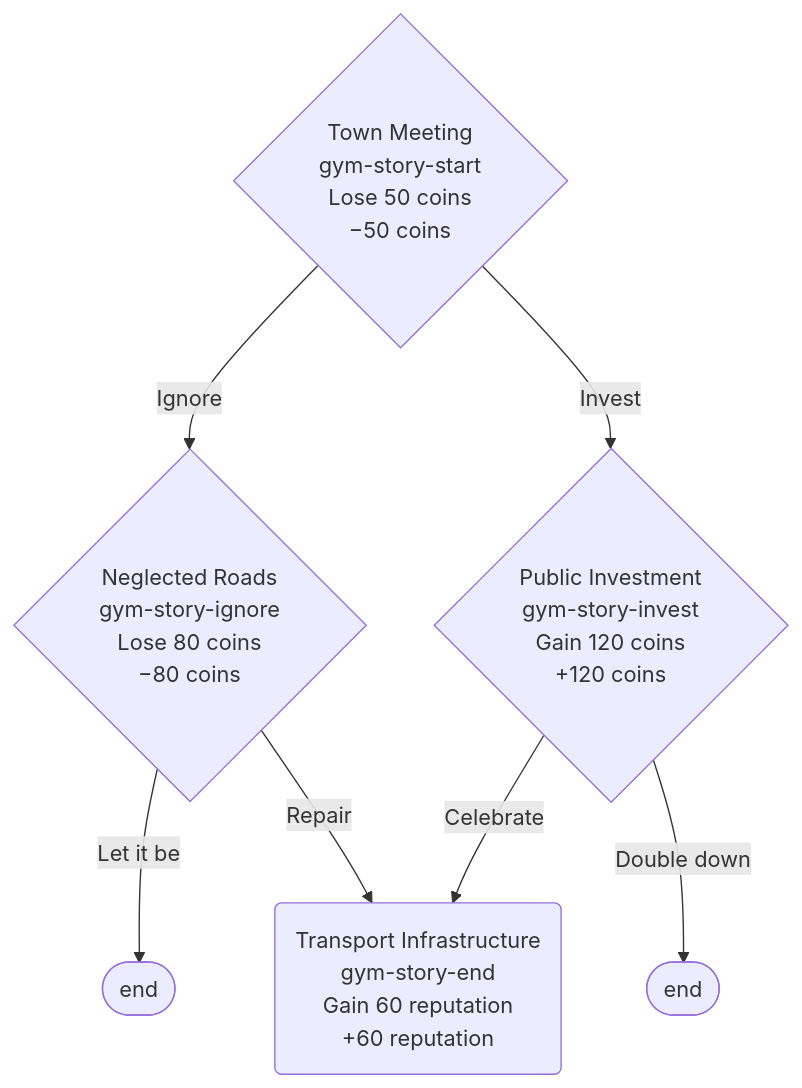
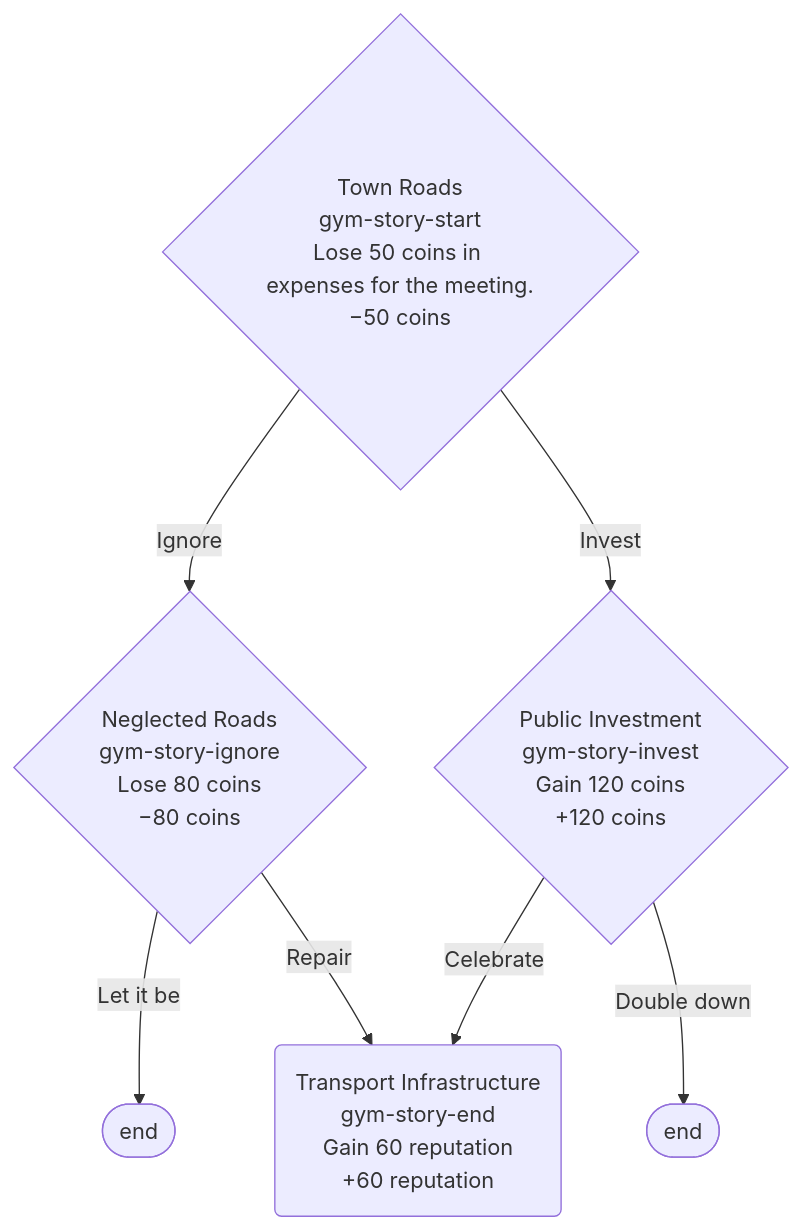
Before and after one commit to TheWizardsCode/Tableau-Card-Engine: the diagram in example-games/gym/content/storyline-graph.mmd, drawn with Mermaid. The commit also changed 2 other files, not shown here.

Commit message:
CG-0MWRSOU91003P36J: carry the authored Gym story-line content edit (Town Roads beat)
Verbatim copy of the operator's storyline-editor output: the
gym-story-start beat is renamed Town Roads with rewritten effect and
context prose, plus the regenerated manifest and Mermaid artefacts.

```diff
--- a/example-games/gym/content/storyline-graph.mmd
+++ b/example-games/gym/content/storyline-graph.mmd
@@ -1,15 +1,15 @@
 %%{ init: { "flowchart": { "curve": "basis" } } }%%
 flowchart TD
   gym_story_end("Transport Infrastructure<br/>gym-story-end<br/>Gain 60 reputation<br/>+60 reputation")
   gym_story_ignore{"Neglected Roads<br/>gym-story-ignore<br/>Lose 80 coins<br/>−80 coins"}
   gym_story_invest{"Public Investment<br/>gym-story-invest<br/>Gain 120 coins<br/>+120 coins"}
-  gym_story_start{"Town Meeting<br/>gym-story-start<br/>Lose 50 coins<br/>−50 coins"}
+  gym_story_start{"Town Roads<br/>gym-story-start<br/>Lose 50 coins in expenses for the meeting.<br/>−50 coins"}
 
   gym_story_ignore_Let_it_be_end(["end"])
   gym_story_ignore -->|Let it be| gym_story_ignore_Let_it_be_end
   gym_story_ignore -->|Repair| gym_story_end
   gym_story_invest -->|Celebrate| gym_story_end
   gym_story_invest_Double_down_end(["end"])
   gym_story_invest -->|Double down| gym_story_invest_Double_down_end
   gym_story_start -->|Ignore| gym_story_ignore
   gym_story_start -->|Invest| gym_story_invest
```
